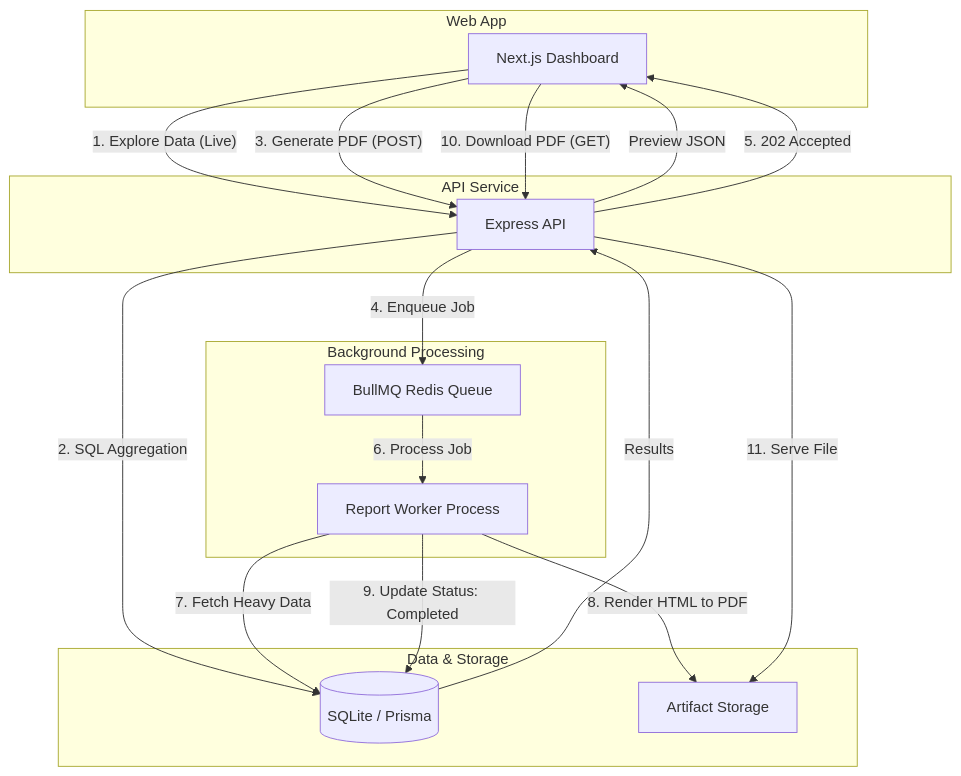
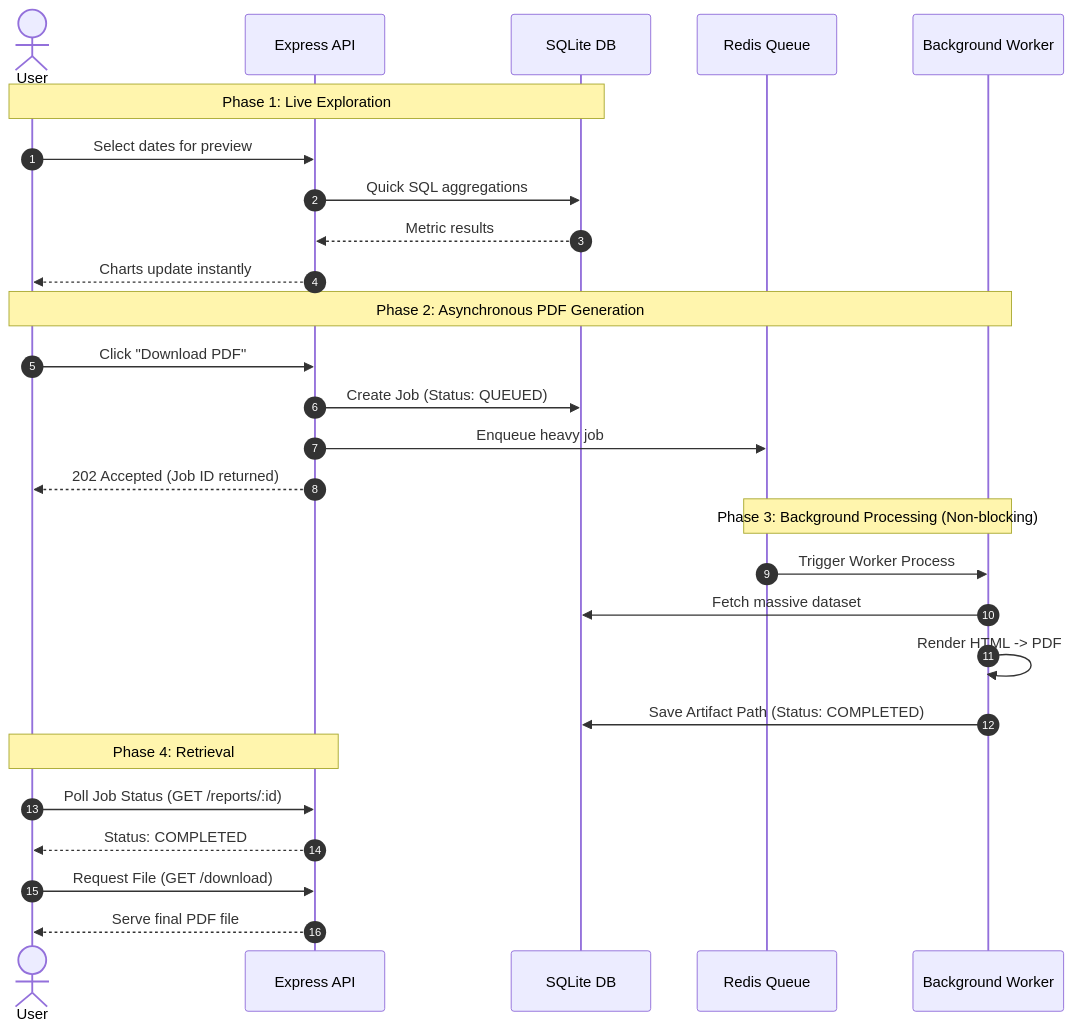
The diagram in README.md (nareshchandu17/report-flow), drawn with Mermaid before and after one commit.

Commit message:
docs: improve architecture diagram to sequence diagram

````diff
--- a/README.md
+++ b/README.md
@@ -9,37 +9,33 @@
 ```mermaid
-graph TD
-    subgraph Web App
-        UI[Next.js Dashboard]
-    end
+sequenceDiagram
+    autonumber
+    actor User
+    participant API as Express API
+    participant DB as SQLite DB
+    participant Queue as Redis Queue
+    participant Worker as Background Worker
 
-    subgraph API Service
-        API[Express API]
-    end
+    Note over User,DB: Phase 1: Live Exploration
+    User->>API: Select dates for preview
+    API->>DB: Quick SQL aggregations
+    DB-->>API: Metric results
+    API-->>User: Charts update instantly
 
-    subgraph Background Processing
-        Queue[BullMQ Redis Queue]
-        Worker[Report Worker Process]
-    end
-
-    subgraph Data & Storage
-        DB[(SQLite / Prisma)]
-        Disk[Artifact Storage]
-    end
-
-    UI -- "1. Explore Data (Live)" --> API
-    API -- "2. SQL Aggregation" --> DB
-    DB -- "Results" --> API
-    API -- "Preview JSON" --> UI
+    Note over User,Worker: Phase 2: Asynchronous PDF Generation
+    User->>API: Click "Download PDF"
+    API->>DB: Create Job (Status: QUEUED)
+    API->>Queue: Enqueue heavy job
+    API-->>User: 202 Accepted (Job ID returned)
     
-    UI -- "3. Generate PDF (POST)" --> API
-    API -- "4. Enqueue Job" --> Queue
-    API -- "5. 202 Accepted" --> UI
+    Note over Queue,Worker: Phase 3: Background Processing (Non-blocking)
+    Queue->>Worker: Trigger Worker Process
+    Worker->>DB: Fetch massive dataset
+    Worker->>Worker: Render HTML -> PDF
+    Worker->>DB: Save Artifact Path (Status: COMPLETED)
     
-    Queue -- "6. Process Job" --> Worker
-    Worker -- "7. Fetch Heavy Data" --> DB
-    Worker -- "8. Render HTML to PDF" --> Disk
-    Worker -- "9. Update Status: Completed" --> DB
-    
-    UI -- "10. Download PDF (GET)" --> API
-    API -- "11. Serve File" --> Disk
+    Note over User,API: Phase 4: Retrieval
+    User->>API: Poll Job Status (GET /reports/:id)
+    API-->>User: Status: COMPLETED
+    User->>API: Request File (GET /download)
+    API-->>User: Serve final PDF file
 ```
````
